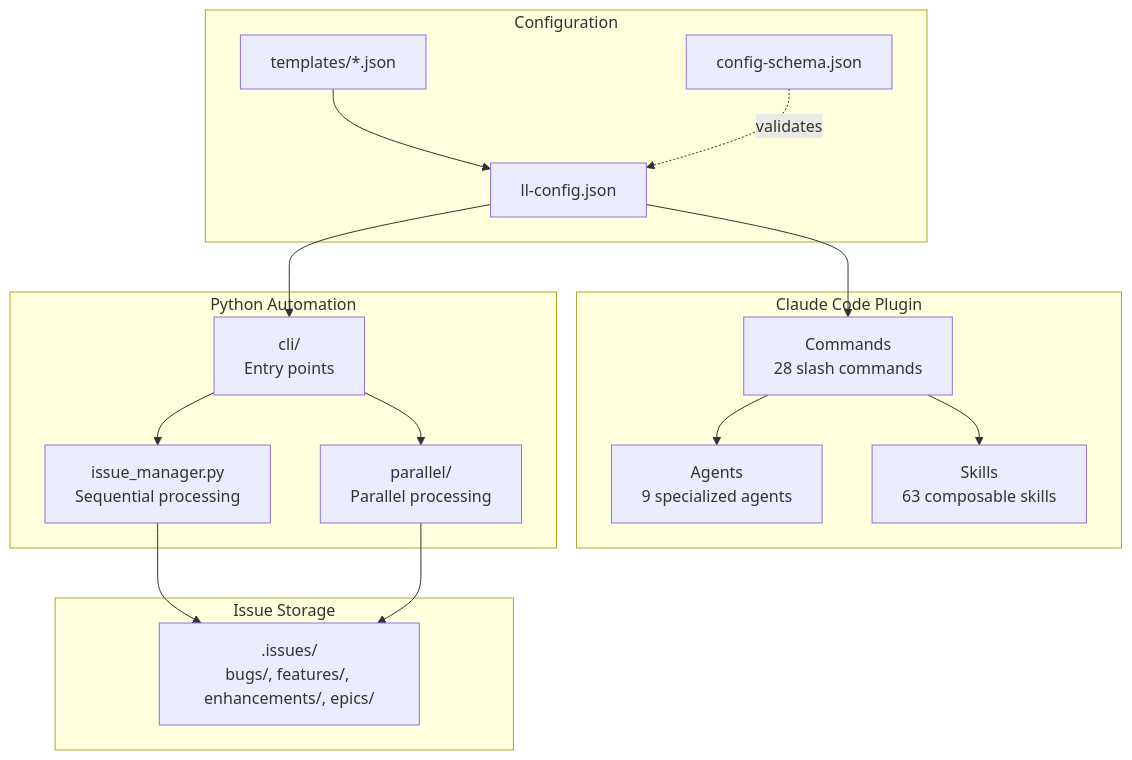
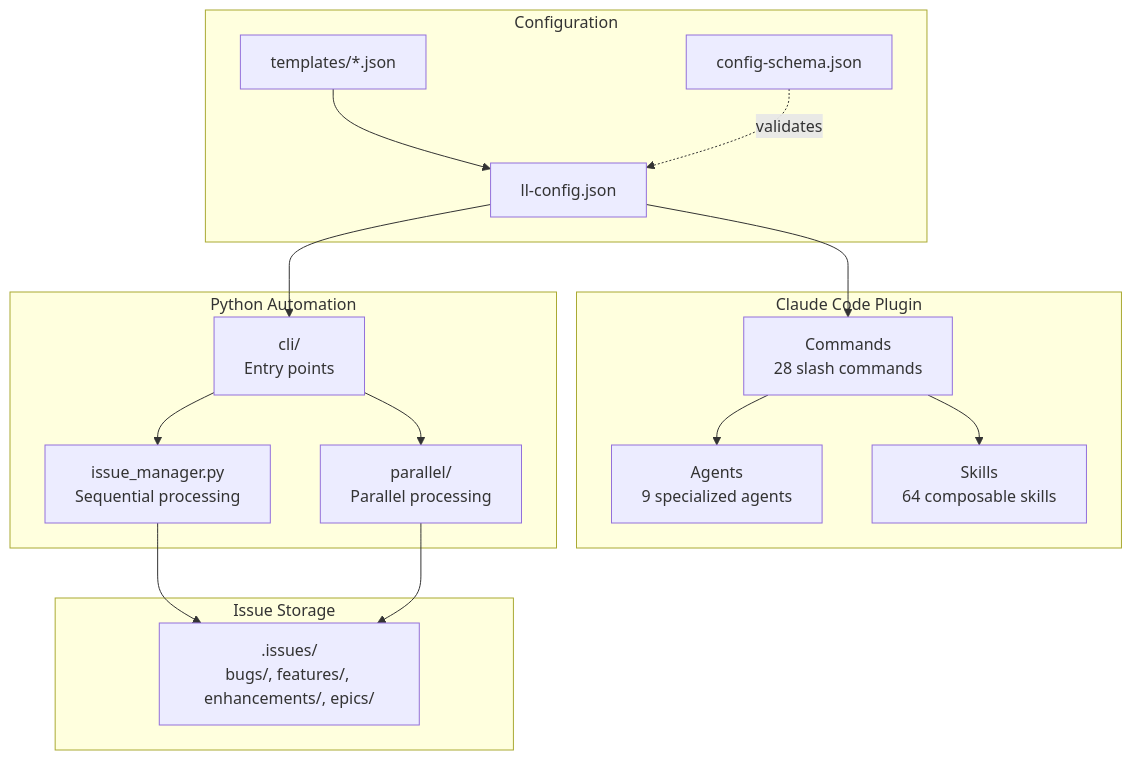
The first of 16 diagrams in docs/ARCHITECTURE.md (BrennonTWilliams/little-loops), drawn with Mermaid before and after one commit. The commit also changed other lines of this file and 2 other files, not shown here.

Commit message:
docs/tests: update skill count from 63 to 64
Bump all count references and wiring-guide assertions to reflect the
simplify-loop skill added in the preceding commit.

````diff
--- a/docs/ARCHITECTURE.md
+++ b/docs/ARCHITECTURE.md
@@ -21,35 +21,35 @@
 ```mermaid
 flowchart TB
     subgraph "Claude Code Plugin"
         CMD[Commands<br/>28 slash commands]
         AGT[Agents<br/>9 specialized agents]
-        SKL[Skills<br/>63 composable skills]
+        SKL[Skills<br/>64 composable skills]
     end
 
     subgraph "Configuration"
         CFG[ll-config.json]
         SCHEMA[config-schema.json]
         TPL[templates/*.json]
     end
 
     subgraph "Python Automation"
         CLI[cli/<br/>Entry points]
         AUTO[issue_manager.py<br/>Sequential processing]
         PARALLEL[parallel/<br/>Parallel processing]
     end
 
     subgraph "Issue Storage"
         ISSUES[.issues/<br/>bugs/, features/, enhancements/, epics/]
     end
 
     CFG --> CMD
     TPL --> CFG
     SCHEMA -.->|validates| CFG
     CFG --> CLI
     CMD --> AGT
     CMD --> SKL
     CLI --> AUTO
     CLI --> PARALLEL
     AUTO --> ISSUES
     PARALLEL --> ISSUES
 ```
````
